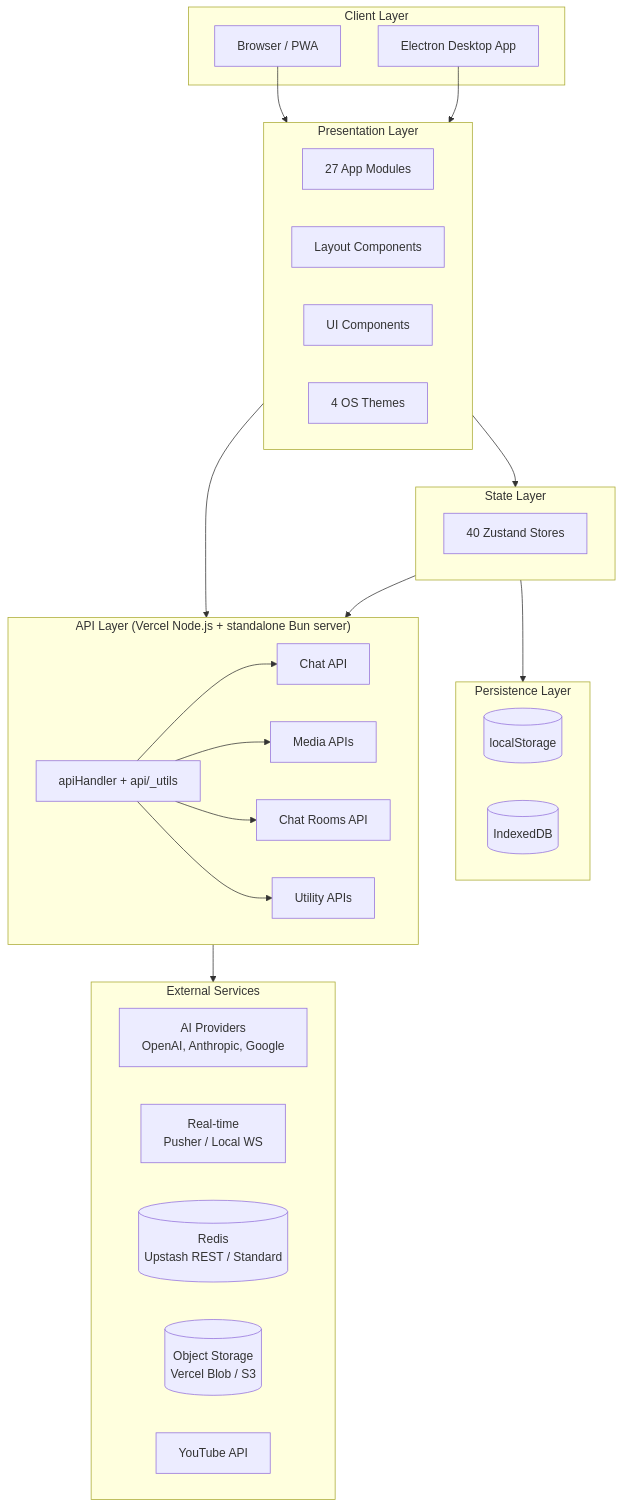
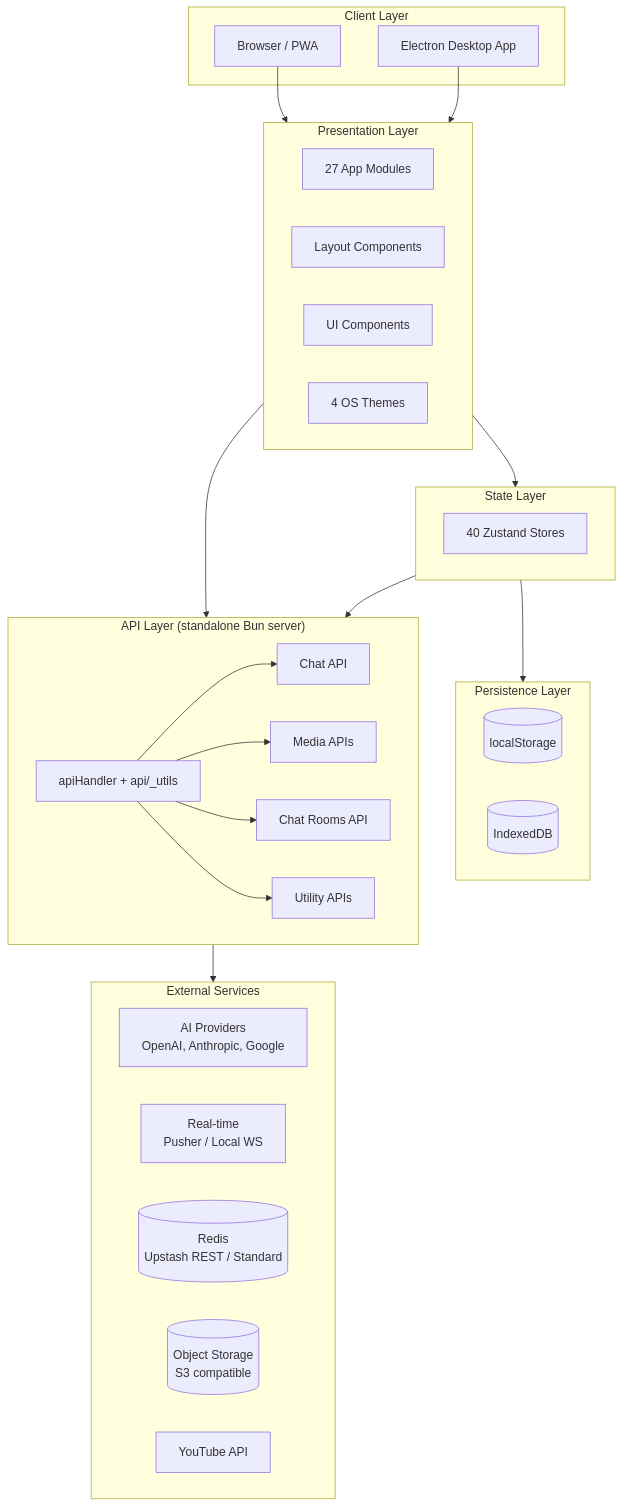
Before and after one commit to ryokun6/ryos: the first of 6 diagrams in docs/1.1-architecture.md, drawn with Mermaid. The commit also changed other lines of this file and 221 other files, not shown here.

````diff
--- a/docs/1.1-architecture.md
+++ b/docs/1.1-architecture.md
@@ -7,51 +7,51 @@
 ```mermaid
 graph TB
     subgraph Client["Client Layer"]
         Browser[Browser / PWA]
         Desktop[Electron Desktop App]
     end
     
     subgraph Presentation["Presentation Layer"]
         Apps[27 App Modules]
         Layout[Layout Components]
         UI[UI Components]
         Themes[4 OS Themes]
     end
     
     subgraph State["State Layer"]
         Zustand[40 Zustand Stores]
     end
     
     subgraph Persistence["Persistence Layer"]
         LocalStorage[(localStorage)]
         IndexedDB[(IndexedDB)]
     end
     
-    subgraph API["API Layer (Vercel Node.js + standalone Bun server)"]
+    subgraph API["API Layer (standalone Bun server)"]
         Shared[apiHandler + api/_utils]
         Chat[Chat API]
         Media[Media APIs]
         Rooms[Chat Rooms API]
         Utility[Utility APIs]
     end
     
     subgraph External["External Services"]
         AI[AI Providers<br/>OpenAI, Anthropic, Google]
         Realtime[Real-time<br/>Pusher / Local WS]
         Redis[(Redis<br/>Upstash REST / Standard)]
-        ObjectStorage[(Object Storage<br/>Vercel Blob / S3)]
+        ObjectStorage[(Object Storage<br/>S3 compatible)]
         YouTube[YouTube API]
     end
     
     Browser --> Presentation
     Desktop --> Presentation
     Presentation --> State
     State --> Persistence
     Presentation --> API
     Shared --> Chat
     Shared --> Media
     Shared --> Rooms
     Shared --> Utility
     API --> External
     State --> API
 ```
````
